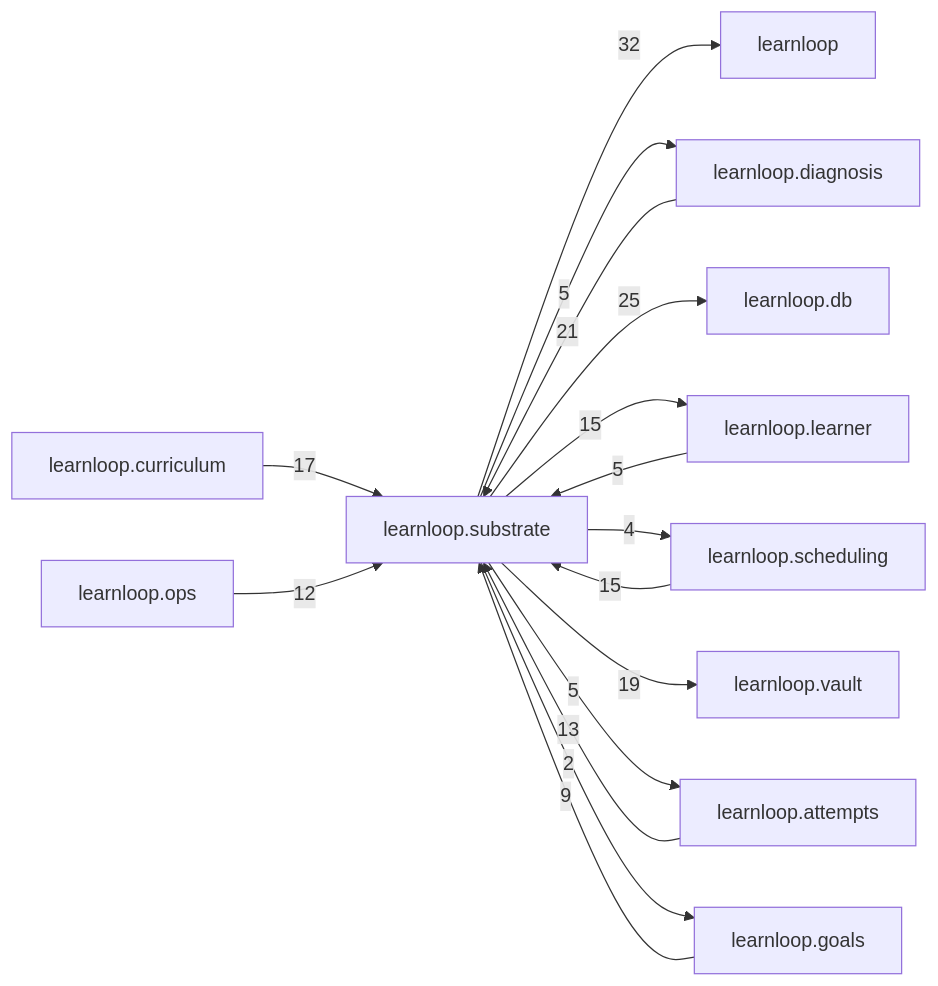
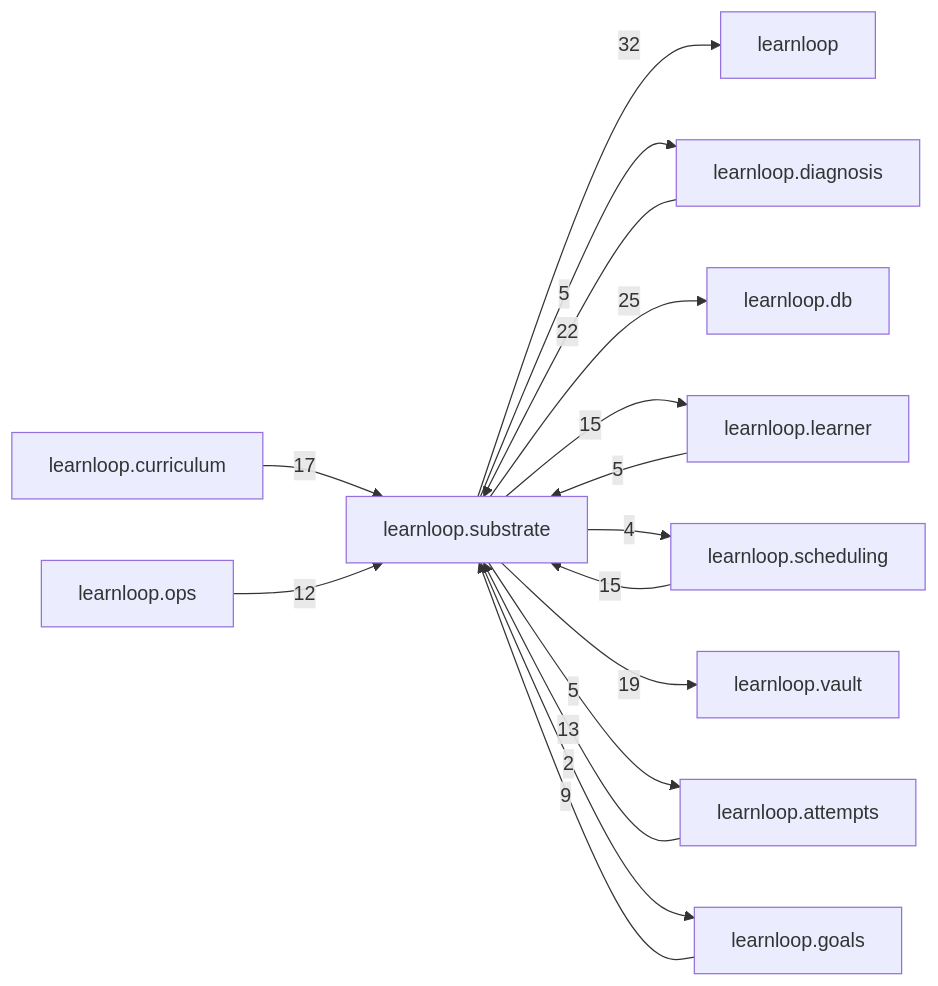
Before and after one commit to 6up-b/learnanything: the diagram in docs/learnloop-architecture-vault/Reference/Modules/learnloop/substrate/_package.md, drawn with Mermaid. The commit also changed other lines of this file and 29 other files, not shown here.

````diff
--- a/docs/learnloop-architecture-vault/Reference/Modules/learnloop/substrate/_package.md
+++ b/docs/learnloop-architecture-vault/Reference/Modules/learnloop/substrate/_package.md
@@ -162,29 +162,29 @@
 ```mermaid
 flowchart LR
     center["learnloop.substrate"]
     n_learnloop["learnloop"]
     n_learnloop_diagnosis["learnloop.diagnosis"]
     n_learnloop_db["learnloop.db"]
     n_learnloop_learner["learnloop.learner"]
     n_learnloop_scheduling["learnloop.scheduling"]
     n_learnloop_vault["learnloop.vault"]
     n_learnloop_attempts["learnloop.attempts"]
     n_learnloop_curriculum["learnloop.curriculum"]
     n_learnloop_ops["learnloop.ops"]
     n_learnloop_goals["learnloop.goals"]
     center -->|32| n_learnloop
-    n_learnloop_diagnosis -->|21| center
+    n_learnloop_diagnosis -->|22| center
     center -->|5| n_learnloop_diagnosis
     center -->|25| n_learnloop_db
     n_learnloop_learner -->|5| center
     center -->|15| n_learnloop_learner
     n_learnloop_scheduling -->|15| center
     center -->|4| n_learnloop_scheduling
     center -->|19| n_learnloop_vault
     n_learnloop_attempts -->|13| center
     center -->|5| n_learnloop_attempts
     n_learnloop_curriculum -->|17| center
     n_learnloop_ops -->|12| center
     n_learnloop_goals -->|9| center
     center -->|2| n_learnloop_goals
 ```
````
